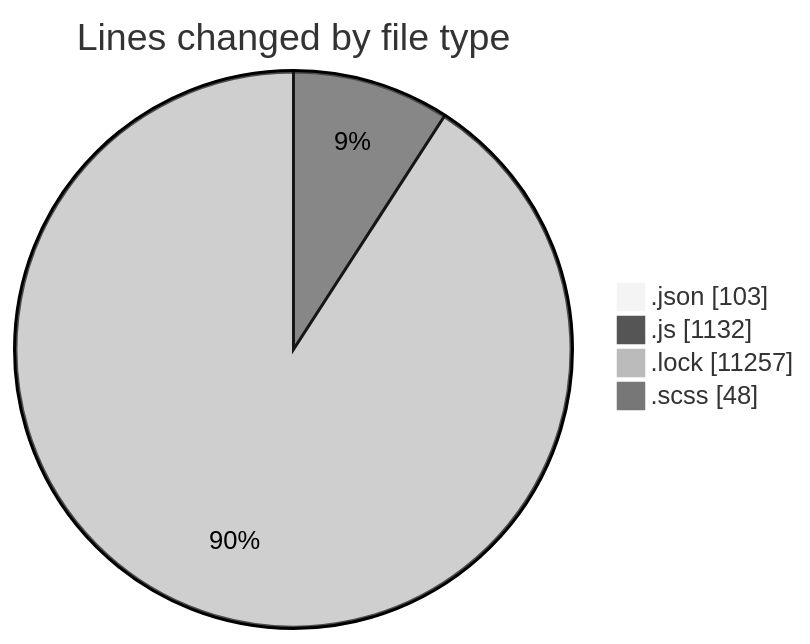
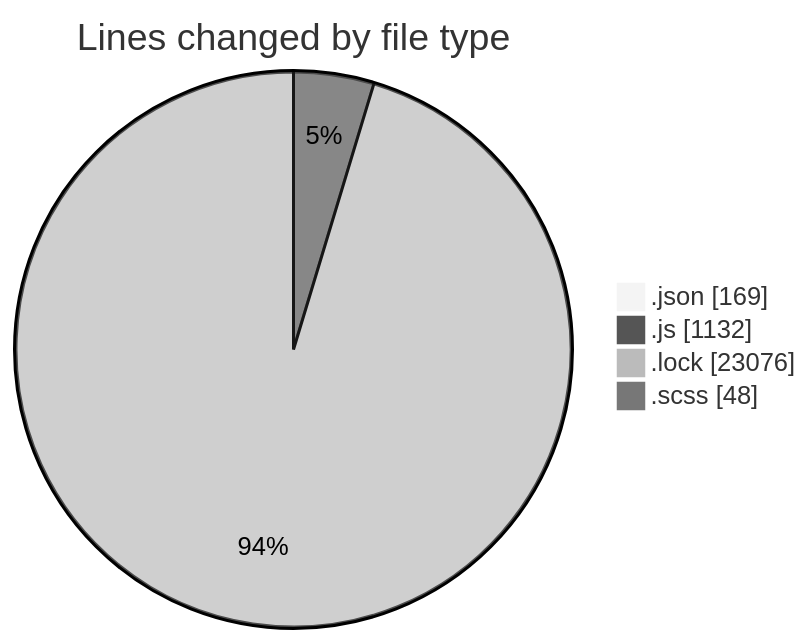
One commit to momahboobian/code-tracking changed the first of 2 diagrams in 2026-01-06/cda/README.md. Above: the diagram before and after it, drawn with Mermaid (neutral theme). The commit also changed other lines of this file and 1 other file, not shown here.

````diff
--- a/2026-01-06/cda/README.md
+++ b/2026-01-06/cda/README.md
@@ -33,8 +35,8 @@
 ```mermaid
 pie showData
 title Lines changed by file type
-".json" : 103
+".json" : 169
 ".js" : 1132
-".lock" : 11257
+".lock" : 23076
 ".scss" : 48
 ```
````
